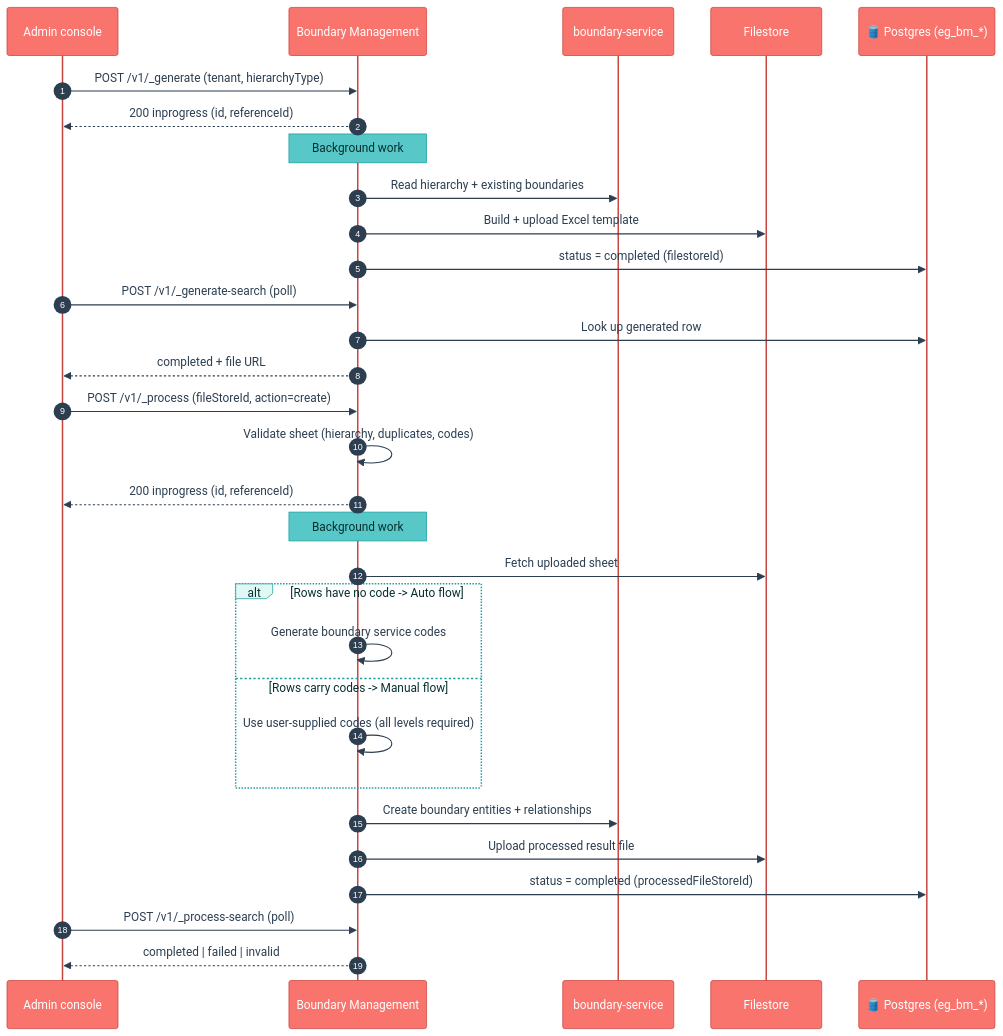
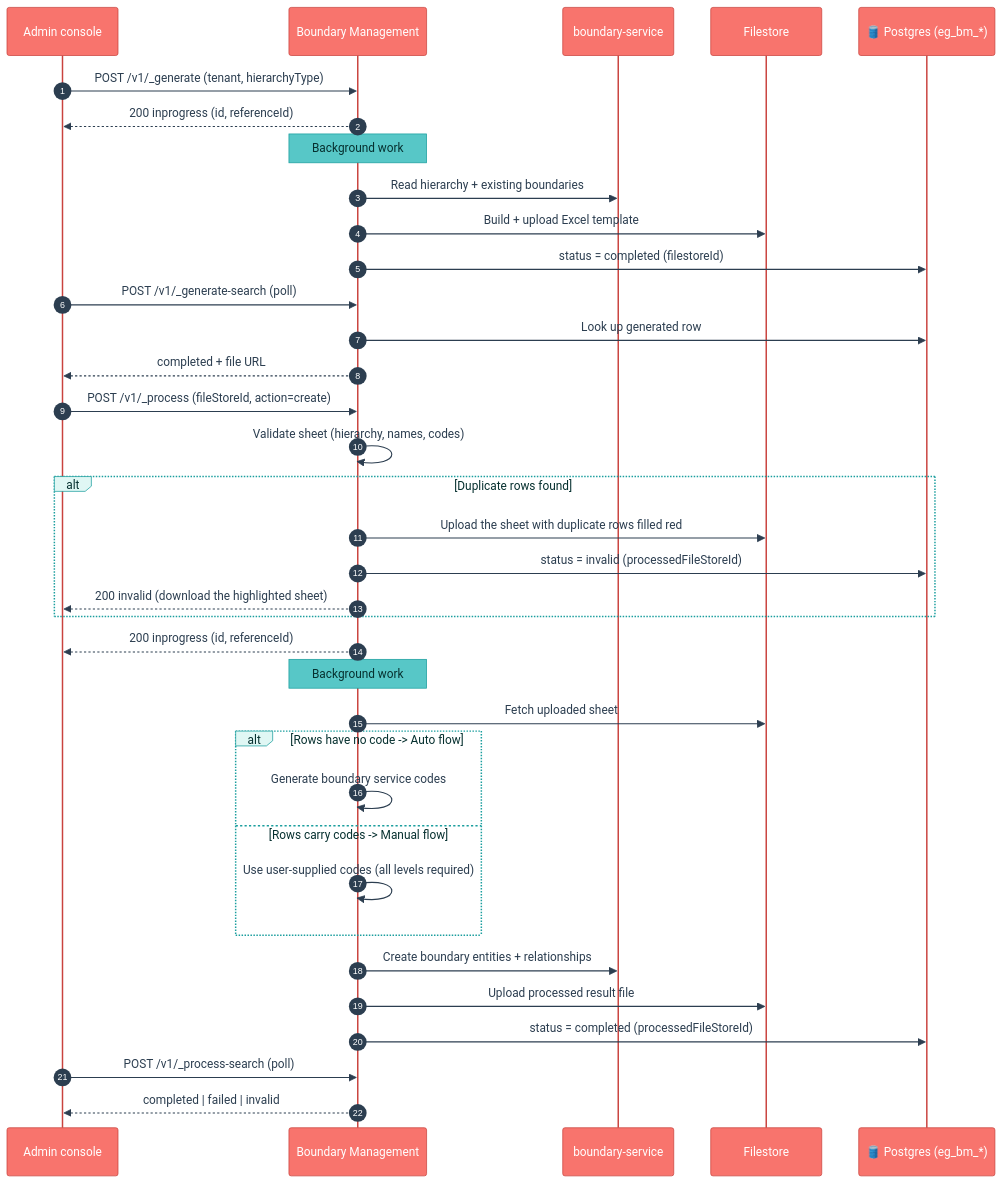
One commit to egovernments/health-campaign-services changed the diagram in health-services/boundary-management/README.md. Above: the diagram before and after it, drawn with Mermaid. The commit also changed other lines of this file and 8 other files, not shown here.

````diff
--- a/health-services/boundary-management/README.md
+++ b/health-services/boundary-management/README.md
@@ -96,36 +98,41 @@
 ```mermaid
 %%{init: {'theme':'base','themeVariables':{'actorBkg':'#F8746D','actorBorder':'#C9433E','actorTextColor':'#FFFFFF','actorLineColor':'#C9433E','signalColor':'#2C3E50','signalTextColor':'#2C3E50','noteBkgColor':'#57C7C7','noteTextColor':'#06302F','noteBorderColor':'#1B9E9E','labelBoxBkgColor':'#E0F7F4','labelBoxBorderColor':'#1B9E9E','labelTextColor':'#06302F','loopTextColor':'#06302F','sequenceNumberColor':'#FFFFFF'}}}%%
 sequenceDiagram
     autonumber
     participant Console as Admin console
     participant BM as Boundary Management
     participant Boundary as boundary-service
     participant Files as Filestore
     participant DB as 🛢️ Postgres (eg_bm_*)
 
     Console->>BM: POST /v1/_generate (tenant, hierarchyType)
     BM-->>Console: 200 inprogress (id, referenceId)
     Note over BM: Background work
     BM->>Boundary: Read hierarchy + existing boundaries
     BM->>Files: Build + upload Excel template
     BM->>DB: status = completed (filestoreId)
     Console->>BM: POST /v1/_generate-search (poll)
     BM->>DB: Look up generated row
     BM-->>Console: completed + file URL
 
     Console->>BM: POST /v1/_process (fileStoreId, action=create)
-    BM->>BM: Validate sheet (hierarchy, duplicates, codes)
+    BM->>BM: Validate sheet (hierarchy, names, codes)
+    alt Duplicate rows found
+        BM->>Files: Upload the sheet with duplicate rows filled red
+        BM->>DB: status = invalid (processedFileStoreId)
+        BM-->>Console: 200 invalid (download the highlighted sheet)
+    end
     BM-->>Console: 200 inprogress (id, referenceId)
     Note over BM: Background work
     BM->>Files: Fetch uploaded sheet
     alt Rows have no code -> Auto flow
         BM->>BM: Generate boundary service codes
     else Rows carry codes -> Manual flow
         BM->>BM: Use user-supplied codes (all levels required)
     end
     BM->>Boundary: Create boundary entities + relationships
     BM->>Files: Upload processed result file
     BM->>DB: status = completed (processedFileStoreId)
     Console->>BM: POST /v1/_process-search (poll)
     BM-->>Console: completed | failed | invalid
 ```
````
